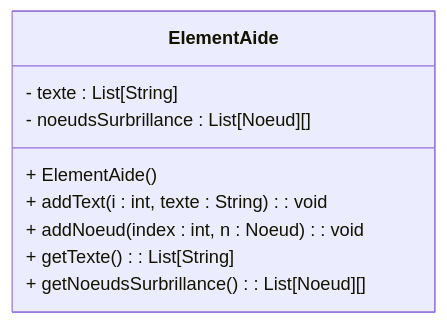
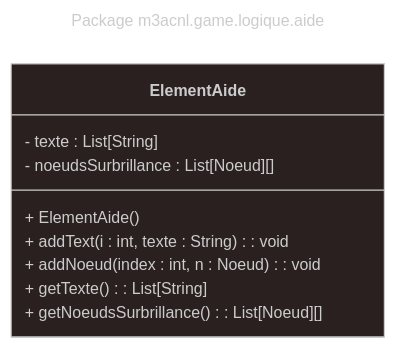
One commit to Gr4-M3ACNL/documents changed the diagram in DiagrammeClasse/game-logique-aide.mmd. Above: the diagram before and after it, drawn with Mermaid. The commit also changed other lines of this file and 9 other files, not shown here.

Commit message:
docs: diagrame

```diff
--- a/DiagrammeClasse/game-logique-aide.mmd
+++ b/DiagrammeClasse/game-logique-aide.mmd
@@ -1,11 +1,17 @@
+---
+config:
+  theme: neo-dark
+title: Package m3acnl.game.logique.aide
+---
+
 classDiagram
 direction TB
 class ElementAide{
         - texte : List[String]
         - noeudsSurbrillance : List[Noeud][]
         + ElementAide()
         + addText(i : int, texte : String) : void
         + addNoeud(index : int, n : Noeud) : void
         + getTexte() : List[String]
         + getNoeudsSurbrillance() : List[Noeud][]
     }
```
